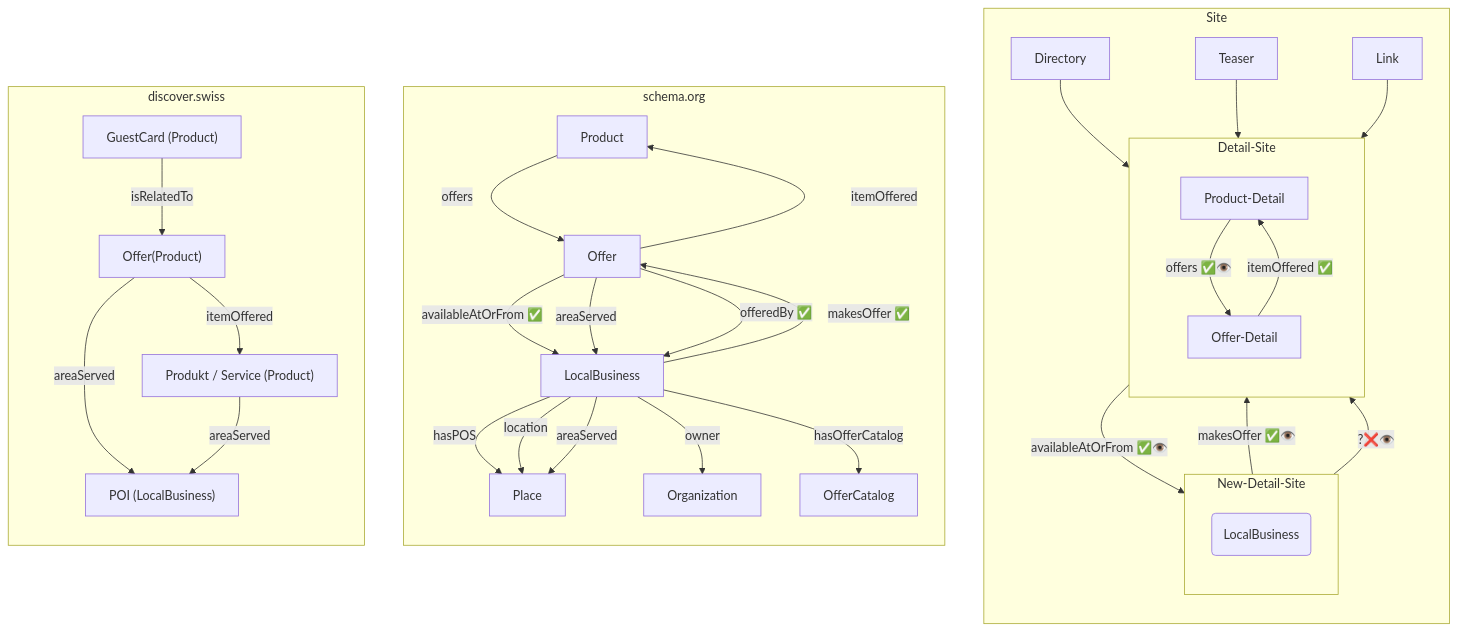
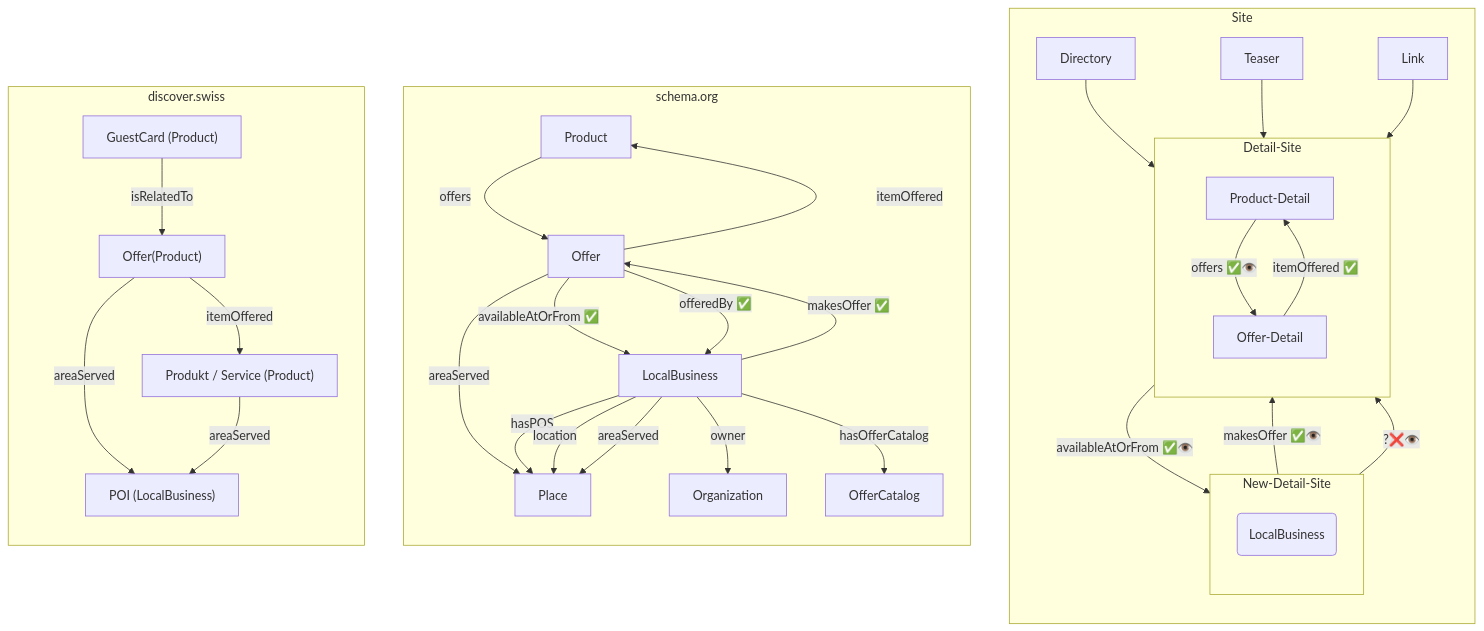
One commit to contentdesk/docs.contentdesk.io changed the third of 3 diagrams in docs/concepts/produkte-und-angebote.md. Above: the diagram before and after it, drawn with Mermaid.

Commit message:
Update areaServed relationship in produkte-und-angebote.md to reference Place instead of LocalBusiness

````diff
--- a/docs/concepts/produkte-und-angebote.md
+++ b/docs/concepts/produkte-und-angebote.md
@@ -112,46 +112,46 @@
 ``` mermaid
 graph TB
     subgraph Site
         direction TB
         Directory --> Product-Detail
         Teaser --> Product-Detail
         Link --> Product-Detail
 
         Product-Detail -->|"offers ✅👁️"| Offer-Detail
         Place-Detail --> |"makesOffer ✅👁️"| Offer-Detail
         Place-Detail --> |"?❌👁️"| Product-Detail
         subgraph New-Detail-Site
             direction TB
             Place-Detail("LocalBusiness")
         end
         subgraph Detail-Site
             direction TB
             Offer-Detail --> |"availableAtOrFrom ✅👁️"|Place-Detail
             Offer-Detail --> |"itemOffered ✅"| Product-Detail
         end
         
     end
     subgraph schema.org
         direction TD
         Product --> |"offers"| Offer
         Offer --> |"itemOffered"| Product
         Offer --> |"availableAtOrFrom ✅"| LocalBusiness
-        Offer --> |"areaServed "| LocalBusiness
+        Offer --> |"areaServed "| Place
         LocalBusiness --> |"makesOffer ✅"| Offer
         Offer --> |"offeredBy ✅"| LocalBusiness
         LocalBusiness --> |"hasPOS"| Place
         LocalBusiness --> |"location"| Place
         LocalBusiness --> |"areaServed"| Place
         LocalBusiness --> |"owner"| Organization
         LocalBusiness --> |"hasOfferCatalog"| OfferCatalog
     end
 
     subgraph discover.swiss
         direction TB
         GuestCard["GuestCard (Product)"] -->|isRelatedTo| OfferDS["Offer(Product)"]
         OfferDS -->|itemOffered| ProductDS["Produkt / Service (Product)"]
         OfferDS -->|areaServed| LocalBusinessDS["POI (LocalBusiness)"]
         ProductDS -->|areaServed| LocalBusinessDS
     end
 
 ```
````
